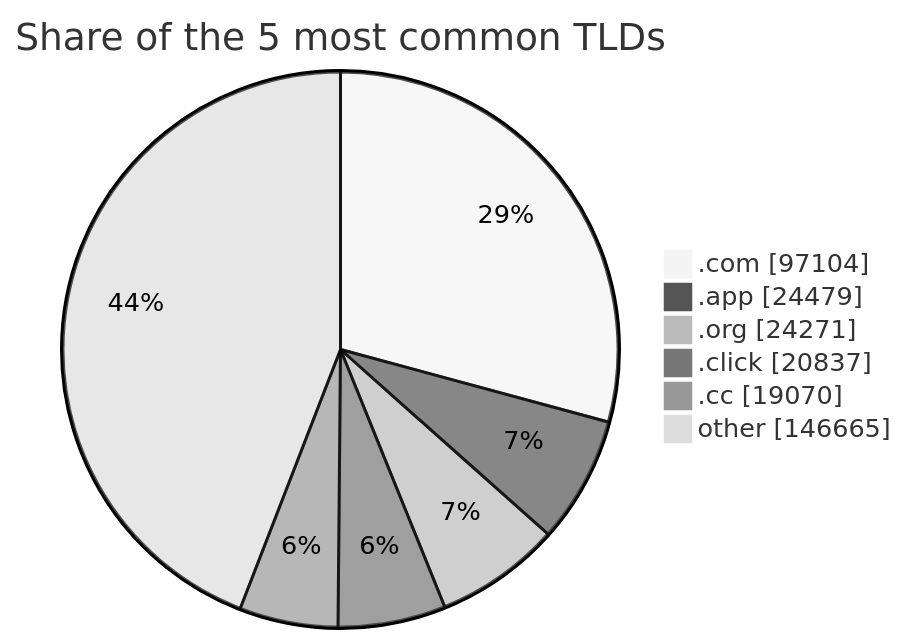
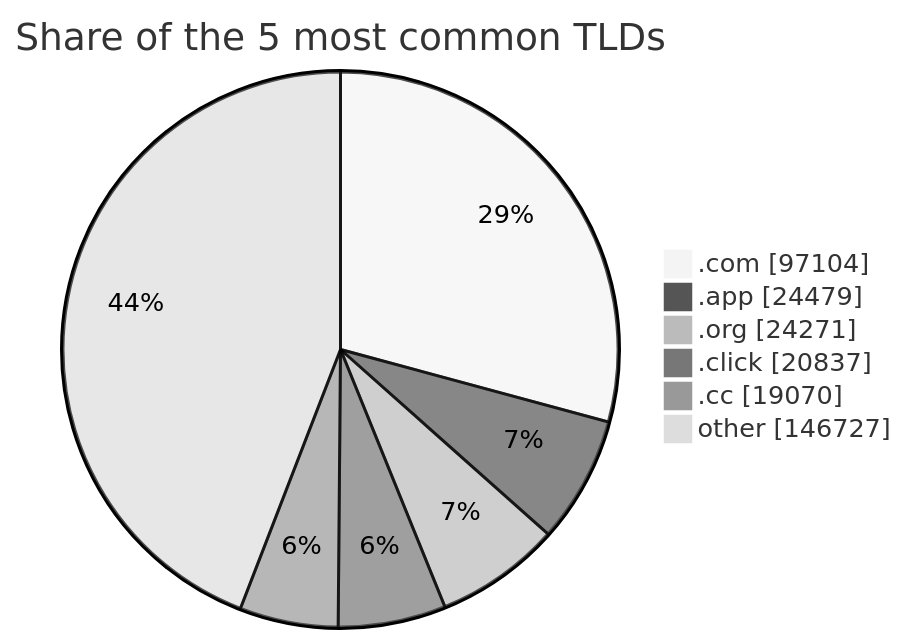
One commit to DNSBunker/CTI changed the third of 3 diagrams in README.md. Above: the diagram before and after it, drawn with Mermaid (neutral theme). The commit also changed other lines of this file and 4 other files, not shown here.

````diff
--- a/README.md
+++ b/README.md
@@ -81,9 +81,9 @@
 ```mermaid
 pie showData title Share of the 5 most common TLDs
     ".com" : 97104
     ".app" : 24479
     ".org" : 24271
     ".click" : 20837
     ".cc" : 19070
-    "other" : 146665
+    "other" : 146727
 ```
````
